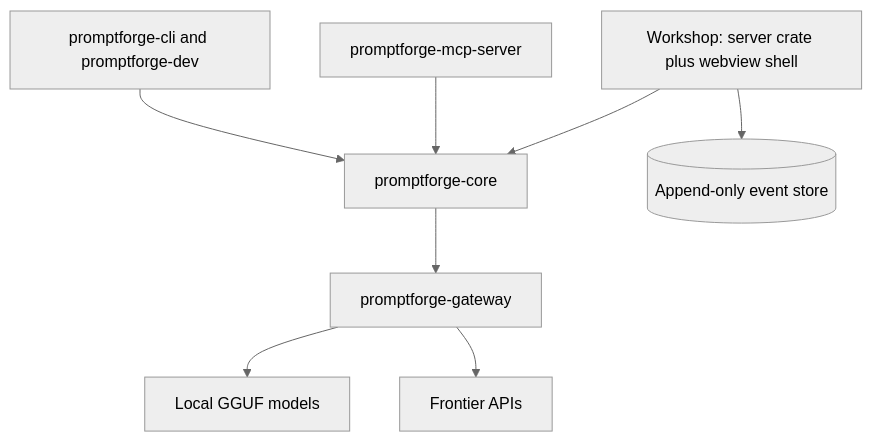
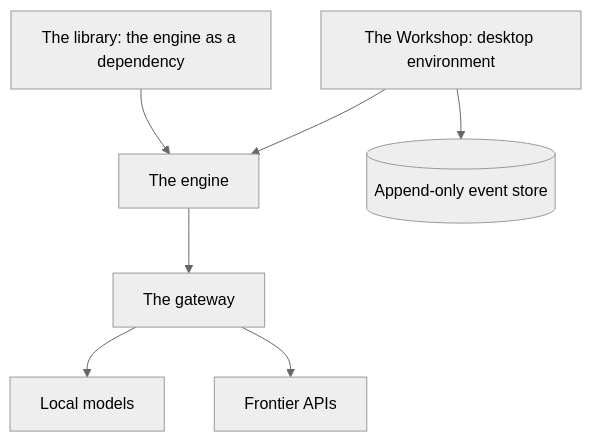
One commit to cppalliance/promptforge changed the first of 2 diagrams in design/what-promptforge-is.md. Above: the diagram before and after it, drawn with Mermaid (neutral theme). The commit also changed other lines of this file, not shown here.

````diff
--- a/design/what-promptforge-is.md
+++ b/design/what-promptforge-is.md
@@ -47,10 +47,9 @@
 ```mermaid
 flowchart TD
-    WB["Workshop: server crate plus webview shell"] --> CORE[promptforge-core]
+    WB["The Workshop: desktop environment"] --> ENG[The engine]
     WB --> DB[(Append-only event store)]
-    MCP[promptforge-mcp-server] --> CORE
-    CLI["promptforge-cli and promptforge-dev"] --> CORE
-    CORE --> GW[promptforge-gateway]
-    GW --> LOCAL[Local GGUF models]
+    LIB["The library: the engine as a dependency"] --> ENG
+    ENG --> GW[The gateway]
+    GW --> LOCAL[Local models]
     GW --> FRONTIER[Frontier APIs]
 ```
````
